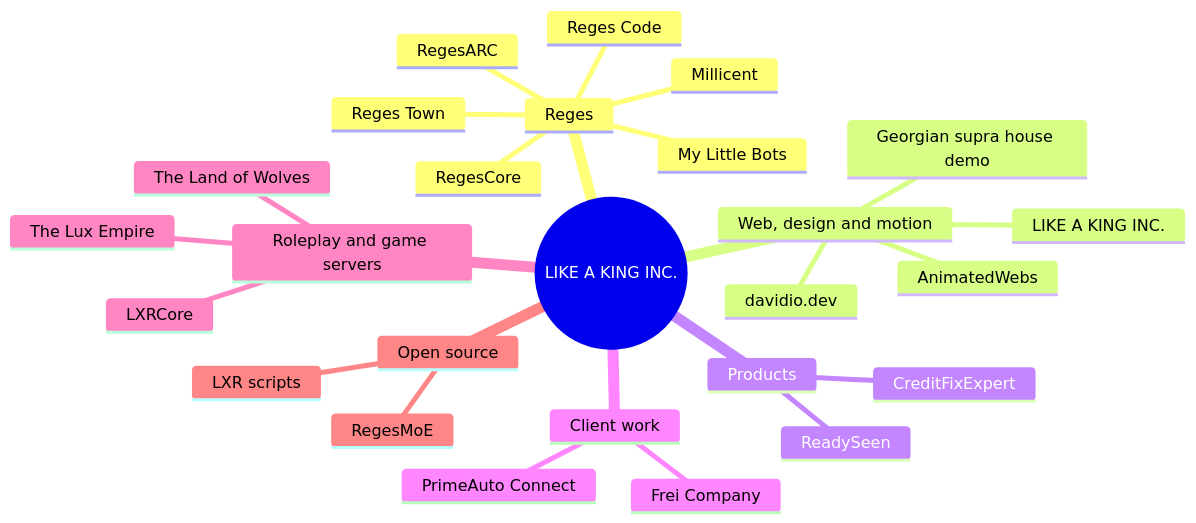
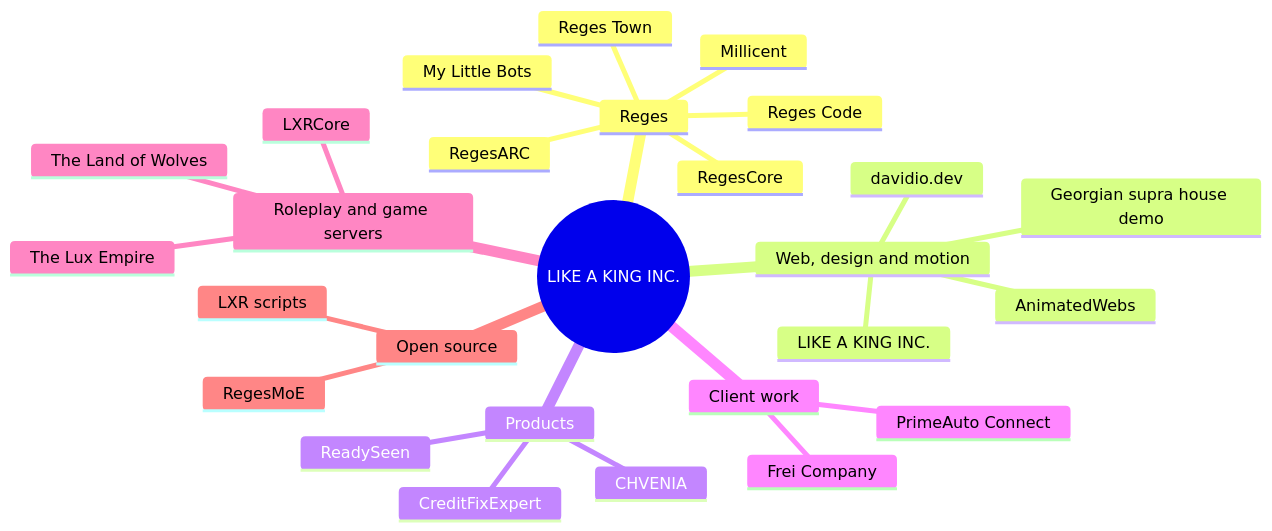
One commit to iboss21/iBoss21 changed the diagram in README.md. Above: the diagram before and after it, drawn with Mermaid. The commit also changed other lines of this file and 4 other files, not shown here.

````diff
--- a/README.md
+++ b/README.md
@@ -19,29 +19,30 @@
 ```mermaid
 mindmap
   root((LIKE A KING INC.))
     Reges
       RegesCore
       Reges Code
       Reges Town
       RegesARC
       Millicent
       My Little Bots
     Web, design and motion
       AnimatedWebs
       Georgian supra house demo
       LIKE A KING INC.
       davidio.dev
     Products
       ReadySeen
+      CHVENIA
       CreditFixExpert
     Client work
       PrimeAuto Connect
       Frei Company
     Roleplay and game servers
       LXRCore
       The Land of Wolves
       The Lux Empire
     Open source
       RegesMoE
       LXR scripts
 ```
````
